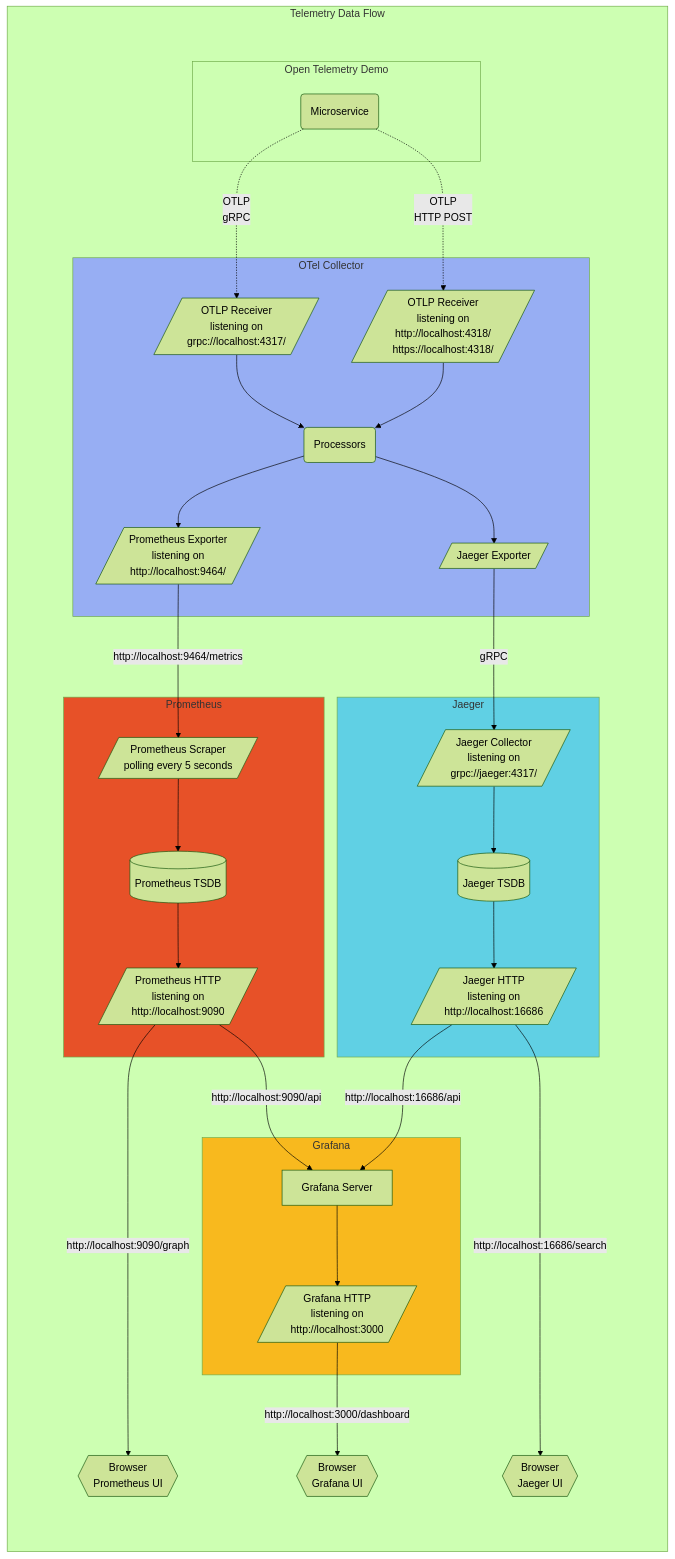
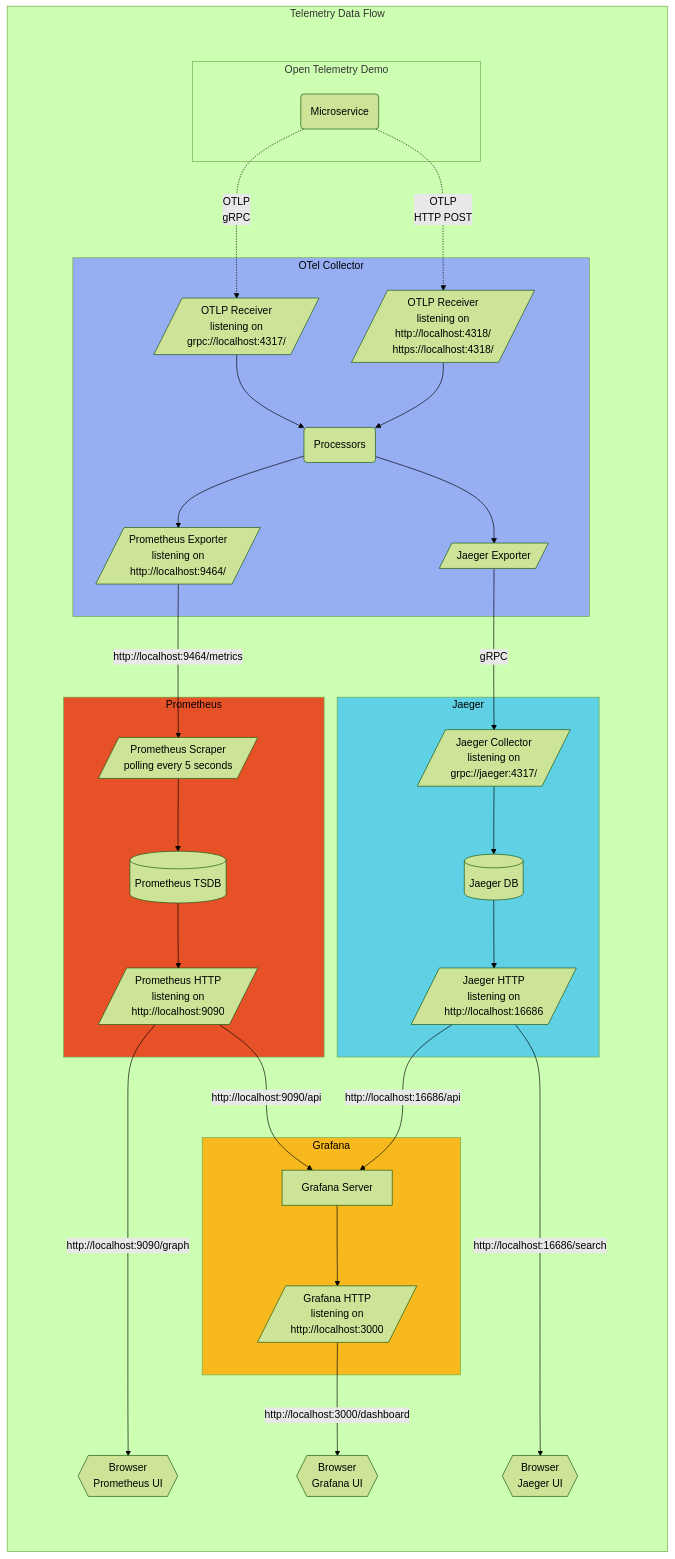
The third of 3 diagrams in docs/current_architecture.md (open-telemetry/opentelemetry-demo), drawn with Mermaid (forest theme) before and after one commit. The commit also changed other lines of this file, not shown here.

Commit message:
feedback and linting
Fixed a few linting checks I missed by not running linting locally
Added improvements from feedback

````diff
--- a/docs/current_architecture.md
+++ b/docs/current_architecture.md
@@ -97,73 +104,73 @@
 ```mermaid
 graph TB
 subgraph tdf[Telemetry Data Flow]
     subgraph subgraph_padding [ ]
         style subgraph_padding fill:none,stroke:none;
         %% padding to stop the titles clashing
         subgraph od[Open Telemetry Demo]
         ms(Microservice)
         end
 
         ms -.->|"OTLP<br/>gRPC"| oc-grpc
         ms -.->|"OTLP<br/>HTTP POST"| oc-http
 
         subgraph oc[OTel Collector]
-            style oc fill:#97aef3; 
+            style oc fill:#97aef3,color:black;
             oc-grpc[/"OTLP Receiver<br/>listening on<br/>grpc://localhost:4317/"/]
             oc-http[/"OTLP Receiver<br/>listening on <br/>http://localhost:4318/<br/>https://localhost:4318/"/]
             oc-proc(Processors)
             oc-prom[/"Prometheus Exporter<br/>listening on<br/>http://localhost:9464/"/]
             oc-jag[/"Jaeger Exporter"/]
 
             oc-grpc --> oc-proc
             oc-http --> oc-proc
 
             oc-proc --> oc-prom
             oc-proc --> oc-jag
         end
 
         oc-prom -->|"http://localhost:9464/metrics"| pr-sc
         oc-jag -->|gRPC| ja-col
 
         subgraph pr[Prometheus]
-            style pr fill:#e75128;
+            style pr fill:#e75128,color:black;
             pr-sc[/"Prometheus Scraper<br/>polling every 5 seconds"/]
             pr-tsdb[(Prometheus TSDB)]
             pr-http[/"Prometheus HTTP<br/>listening on<br/>http://localhost:9090"/]
 
             pr-sc --> pr-tsdb
             pr-tsdb --> pr-http
         end
 
         pr-b{{"Browser<br/>Prometheus UI"}}
         pr-http ---->|"http://localhost:9090/graph"| pr-b
-    
+
         subgraph ja[Jaeger]
-            style ja fill:#60d0e4;
+            style ja fill:#60d0e4,color:black;
             ja-col[/"Jaeger Collector<br/>listening on<br/>grpc://jaeger:4317/"/]
-            ja-tsdb[(Jaeger TSDB)]
+            ja-db[(Jaeger DB)]
             ja-http[/"Jaeger HTTP<br/>listening on<br/>http://localhost:16686"/]
-            
-            ja-col --> ja-tsdb
-            ja-tsdb --> ja-http
+
+            ja-col --> ja-db
+            ja-db --> ja-http
         end
 
         subgraph gr[Grafana]
-            style gr fill:#f8b91e;
+            style gr fill:#f8b91e,color:black;
             gr-srv["Grafana Server"]
             gr-http[/"Grafana HTTP<br/>listening on<br/>http://localhost:3000"/]
 
             gr-srv --> gr-http
         end
-        
+
         pr-http --> |"http://localhost:9090/api"| gr-srv
         ja-http --> |"http://localhost:16686/api"| gr-srv
 
         ja-b{{"Browser<br/>Jaeger UI"}}
         ja-http ---->|"http://localhost:16686/search"| ja-b
 
         gr-b{{"Browser<br/>Grafana UI"}}
         gr-http -->|"http://localhost:3000/dashboard"| gr-b
     end
 end
 ```
````
